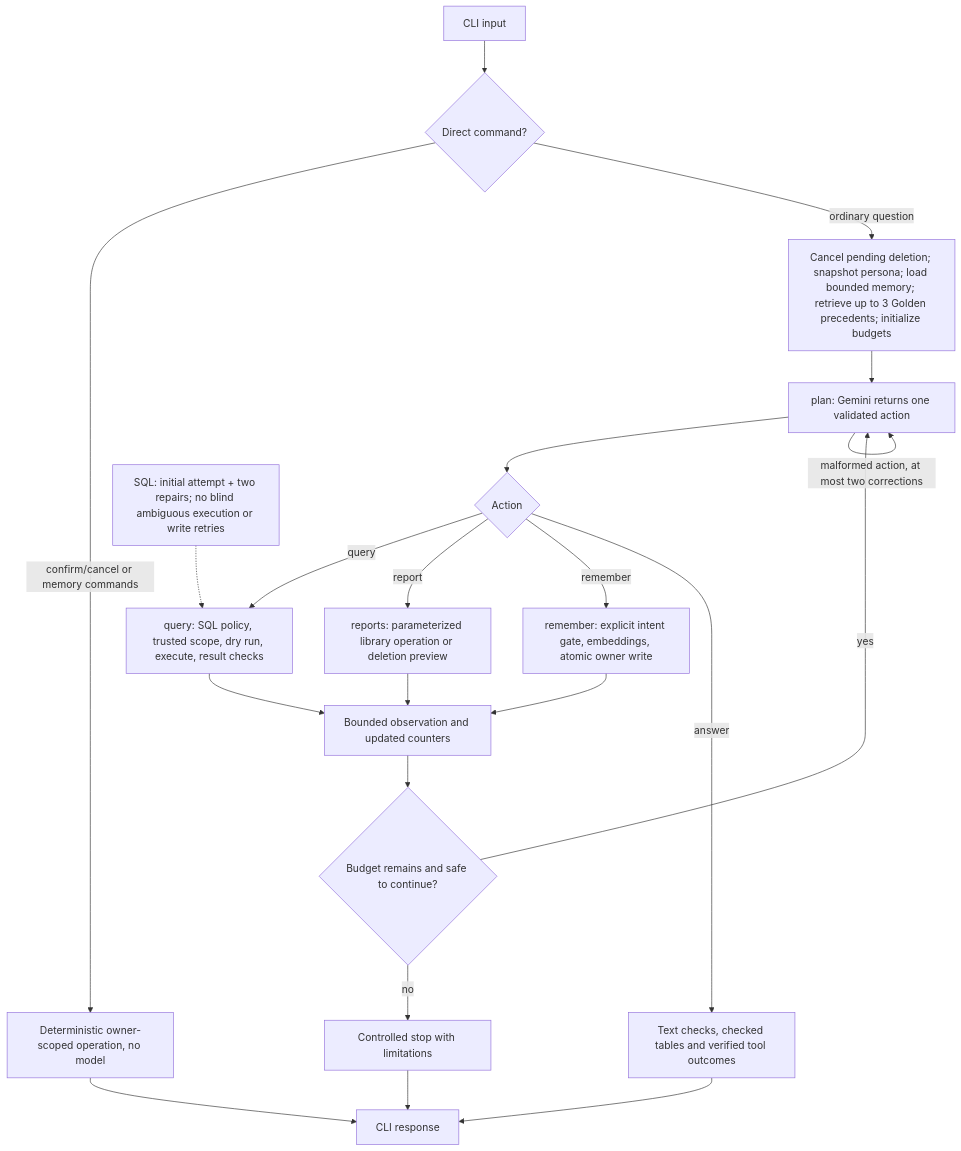
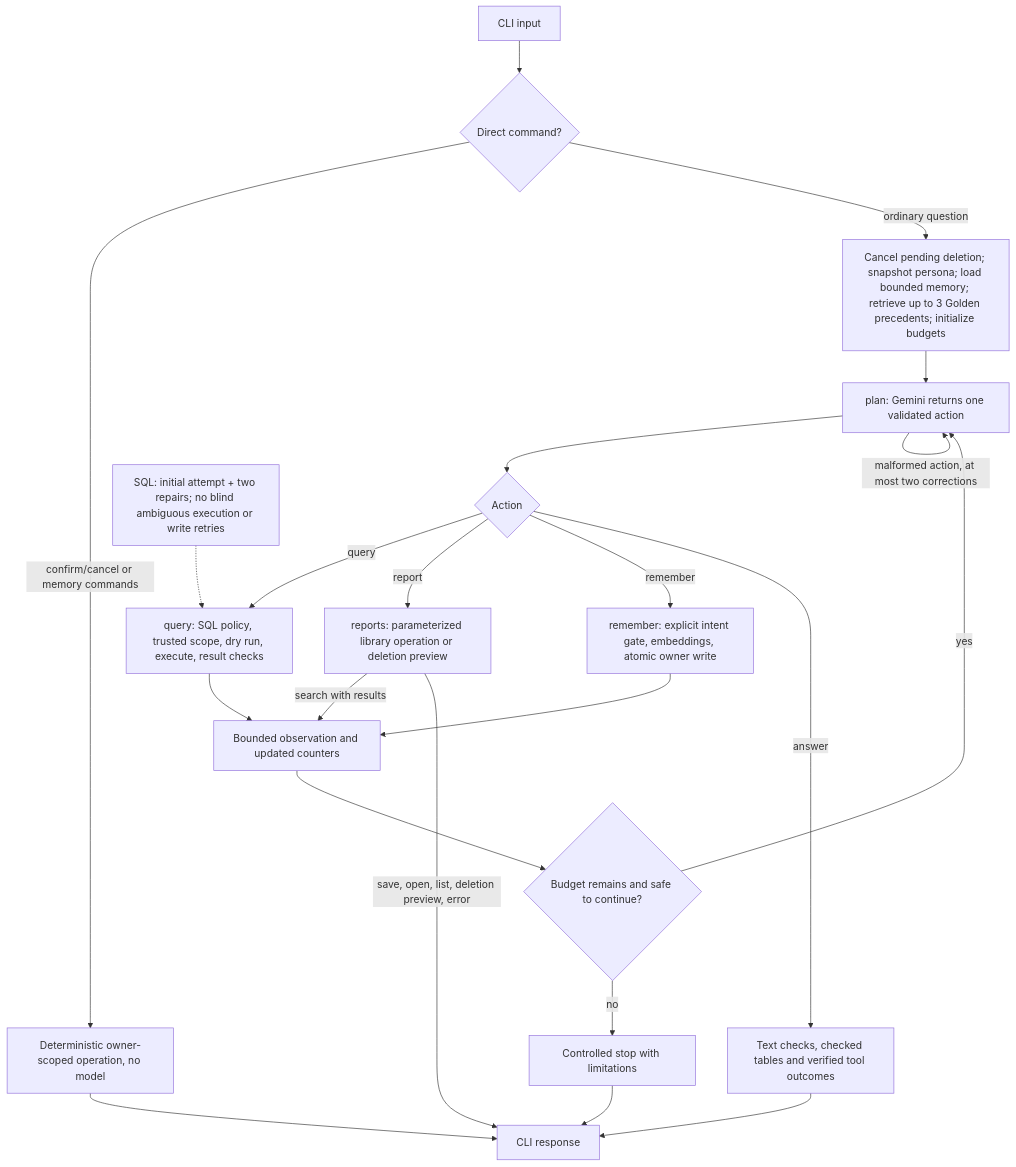
The diagram in HLD/agent-loop.mmd (BenFruit/opsfleet_retail), drawn with Mermaid before and after one commit. The commit also changed 44 other files, not shown here.

```diff
--- a/HLD/agent-loop.mmd
+++ b/HLD/agent-loop.mmd
@@ -1,21 +1,22 @@
 flowchart TD
     INPUT["CLI input"] --> CMD{"Direct command?"}
     CMD -->|"confirm/cancel or memory commands"| DIRECT["Deterministic owner-scoped operation, no model"]
     CMD -->|"ordinary question"| INIT["Cancel pending deletion; snapshot persona; load bounded memory; retrieve up to 3 Golden precedents; initialize budgets"]
     INIT --> PLAN["plan: Gemini returns one validated action"]
     PLAN --> ACT{"Action"}
     ACT -->|query| QUERY["query: SQL policy, trusted scope, dry run, execute, result checks"]
     ACT -->|report| REPORT["reports: parameterized library operation or deletion preview"]
     ACT -->|remember| MEM["remember: explicit intent gate, embeddings, atomic owner write"]
     QUERY --> OBS["Bounded observation and updated counters"]
-    REPORT --> OBS
+    REPORT -->|"search with results"| OBS
+    REPORT -->|"save, open, list, deletion preview, error"| OUT
     MEM --> OBS
     OBS --> BUDGET{"Budget remains and safe to continue?"}
     BUDGET -->|yes| PLAN
     BUDGET -->|no| STOP["Controlled stop with limitations"]
     PLAN -->|"malformed action, at most two corrections"| PLAN
     ACT -->|answer| FINAL["Text checks, checked tables and verified tool outcomes"]
     STOP --> OUT["CLI response"]
     FINAL --> OUT
     DIRECT --> OUT
     NOTE["SQL: initial attempt + two repairs; no blind ambiguous execution or write retries"] -.-> QUERY
```
